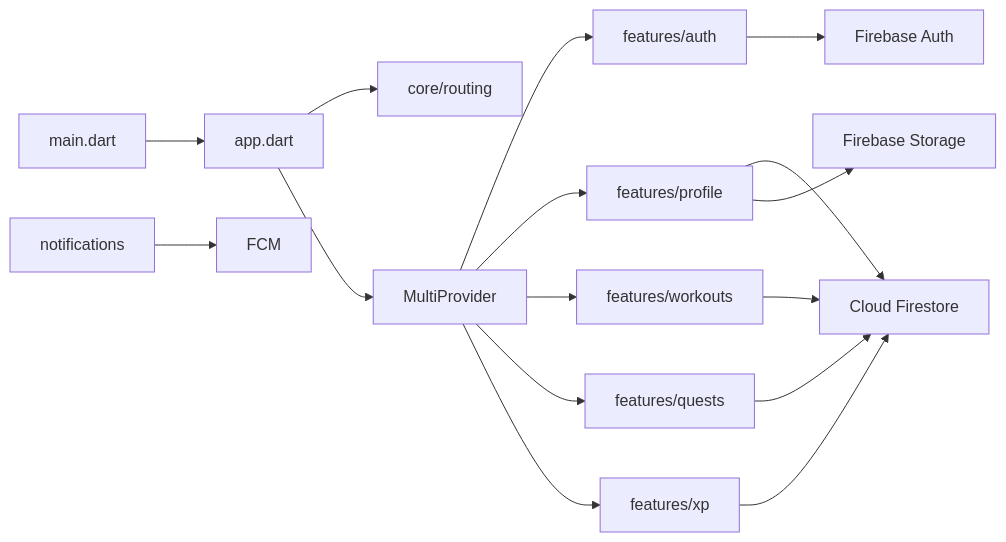
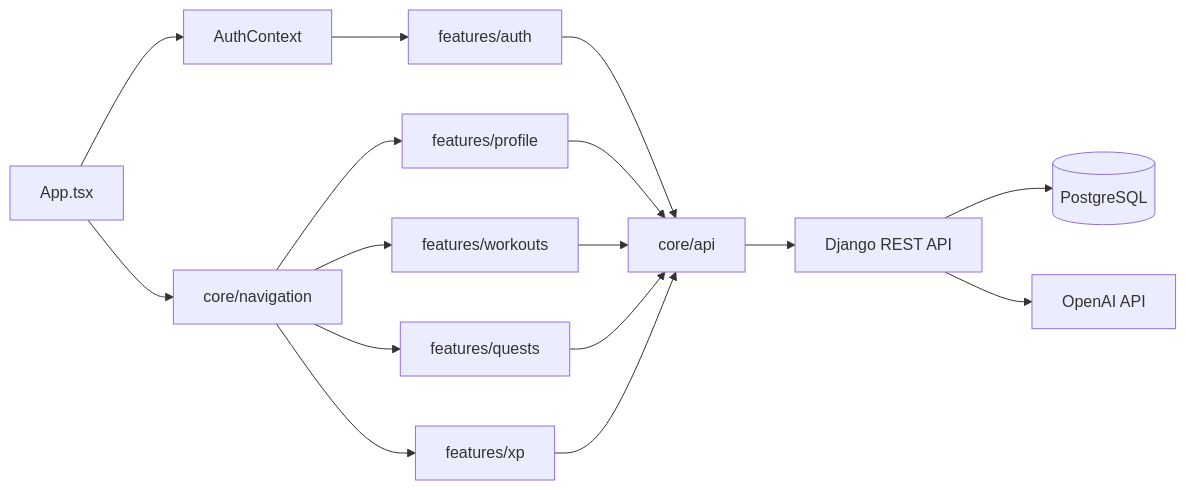
Before and after one commit to smrutisagarswain77/AscendFit: the third of 4 diagrams in docs/ARCHITECTURE.md, drawn with Mermaid. The commit also changed other lines of this file and 13 other files, not shown here.

````diff
--- a/docs/ARCHITECTURE.md
+++ b/docs/ARCHITECTURE.md
@@ -189,19 +214,20 @@
 ```mermaid
 graph LR
-    main[main.dart] --> app[app.dart]
-    app --> router[core/routing]
-    app --> providers[MultiProvider]
-    providers --> auth[features/auth]
-    providers --> profile[features/profile]
-    providers --> workouts[features/workouts]
-    providers --> quests[features/quests]
-    providers --> xp[features/xp]
+    App[App.tsx] --> Nav[core/navigation]
+    App --> AuthCtx[AuthContext]
+    AuthCtx --> auth[features/auth]
+    Nav --> profile[features/profile]
+    Nav --> workouts[features/workouts]
+    Nav --> quests[features/quests]
+    Nav --> xp[features/xp]
 
-    auth --> firebase_auth[Firebase Auth]
-    profile --> firestore[Cloud Firestore]
-    workouts --> firestore
-    quests --> firestore
-    xp --> firestore
-    profile --> storage[Firebase Storage]
-    notifications --> fcm[FCM]
+    auth --> api[core/api]
+    profile --> api
+    workouts --> api
+    quests --> api
+    xp --> api
+
+    api --> drf[Django REST API]
+    drf --> pg[(PostgreSQL)]
+    drf --> openai[OpenAI API]
 ```
````
